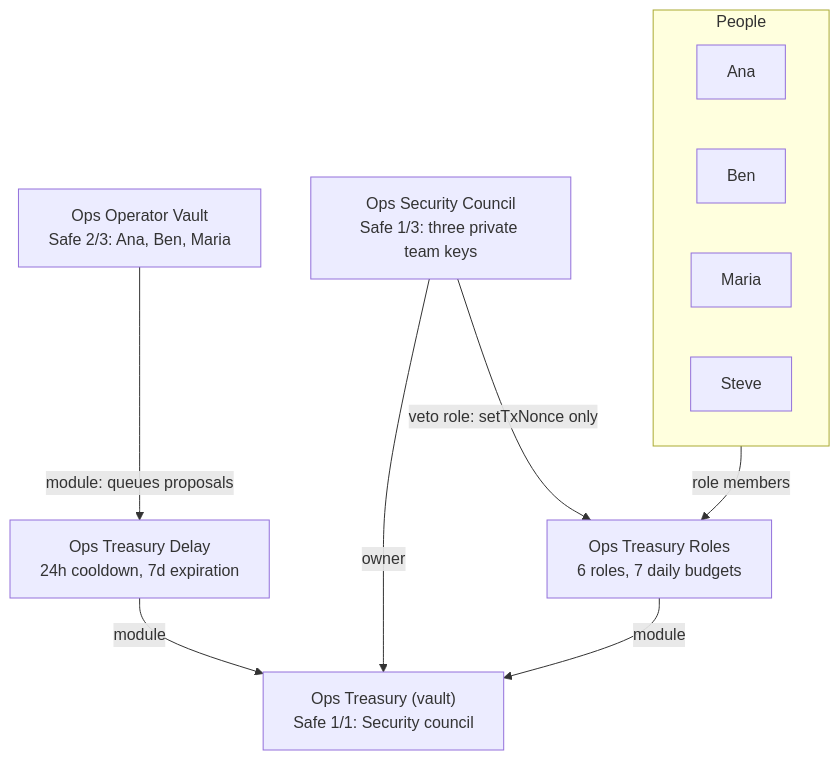
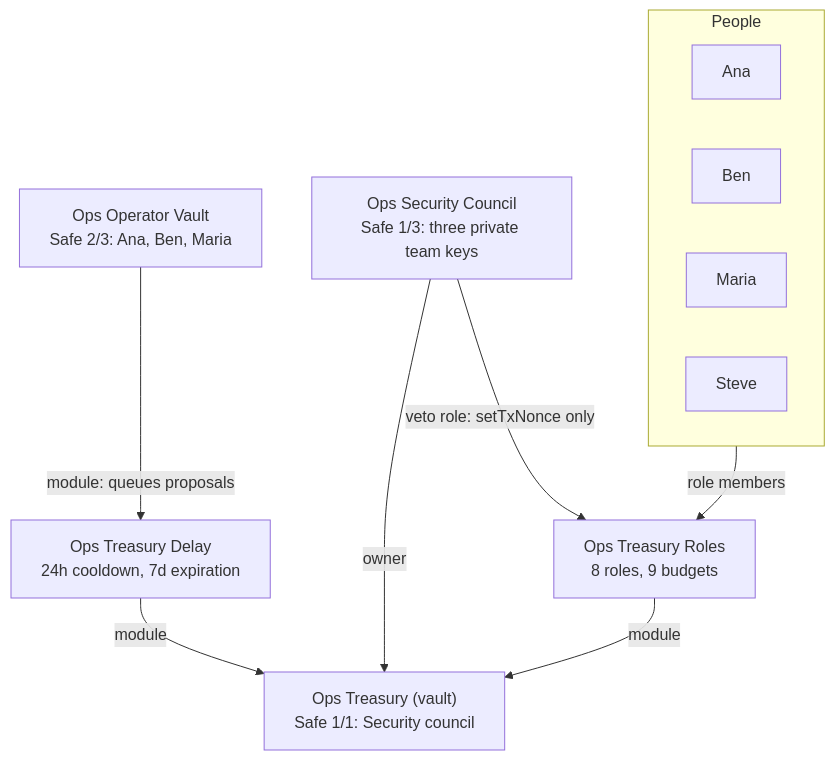
One commit to jomoormann/zodiac-ops-treasury-constellation changed the diagram in README.md. Above: the diagram before and after it, drawn with Mermaid. The commit also changed other lines of this file and 13 other files, not shown here.

````diff
--- a/README.md
+++ b/README.md
@@ -20,17 +22,17 @@
 ```mermaid
 flowchart TB
   subgraph people[People]
     Ana; Ben; Maria; Steve
   end
   OV["Ops Operator Vault<br/>Safe 2/3: Ana, Ben, Maria"]
   SC["Ops Security Council<br/>Safe 1/3: three private team keys"]
   T["Ops Treasury (vault)<br/>Safe 1/1: Security council"]
   D["Ops Treasury Delay<br/>24h cooldown, 7d expiration"]
-  R["Ops Treasury Roles<br/>6 roles, 7 daily budgets"]
+  R["Ops Treasury Roles<br/>8 roles, 9 budgets"]
   SC -- owner --> T
   OV -- "module: queues proposals" --> D
   D -- module --> T
   R -- module --> T
   SC -- "veto role: setTxNonce only" --> R
   people -- "role members" --> R
 ```
````
